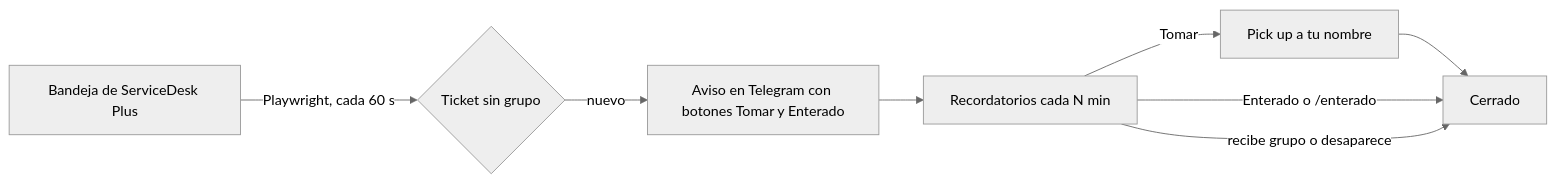
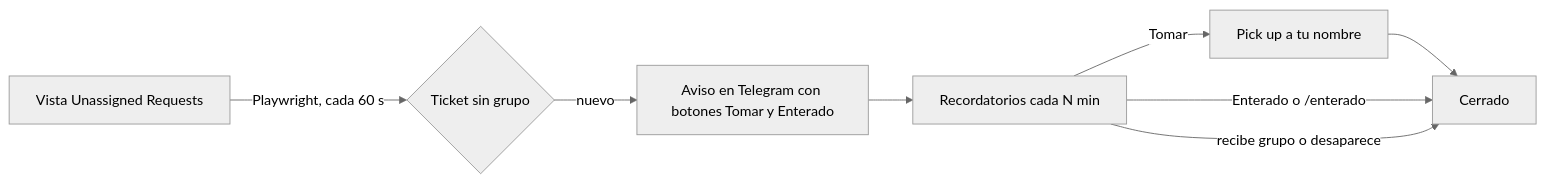
Before and after one commit to MickSenpai/autum: the diagram in README.md, drawn with Mermaid (neutral theme). The commit also changed other lines of this file and 5 other files, not shown here.

````diff
--- a/README.md
+++ b/README.md
@@ -18,10 +18,10 @@
 ```mermaid
 flowchart LR
-  A["Bandeja de ServiceDesk Plus"] -->|"Playwright, cada 60 s"| B{"Ticket sin grupo"}
+  A["Vista Unassigned Requests"] -->|"Playwright, cada 60 s"| B{"Ticket sin grupo"}
   B -->|"nuevo"| C["Aviso en Telegram con botones Tomar y Enterado"]
   C --> D["Recordatorios cada N min"]
   D -->|"Tomar"| F["Pick up a tu nombre"]
   F --> E["Cerrado"]
   D -->|"Enterado o /enterado"| E
   D -->|"recibe grupo o desaparece"| E
 ```
````
